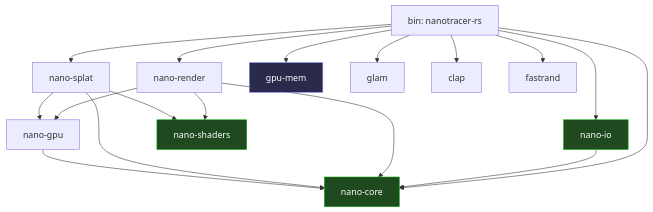
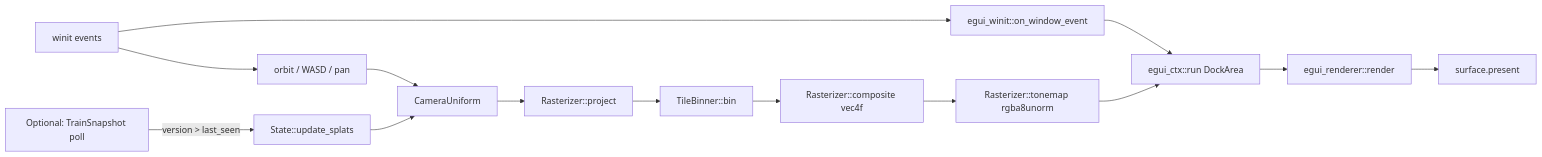
One commit to ssoj13/nanotracer changed the fifth of 7 diagrams in DIAGRAMS.md. Above: the diagram before and after it, drawn with Mermaid. The commit also changed other lines of this file and 18 other files, not shown here.

First line of the commit message:
docs: mdbook in docs/, refreshed README / AGENTS / DIAGRAMS / CHANGELOG

````diff
--- a/DIAGRAMS.md
+++ b/DIAGRAMS.md
@@ -90,25 +118,16 @@
 ```mermaid
-flowchart TD
-    bin[bin: nanotracer-rs] --> nc[nano-core]
-    bin --> nio[nano-io]
-    bin --> nr[nano-render]
-    bin --> ns[nano-splat]
-    bin --> gm[gpu-mem]
-    bin --> glam_ext[glam]
-    bin --> clap_ext[clap]
-    bin --> fr[fastrand]
-
-    nio --> nc
-    nr  --> nc
-    nr  --> ng[nano-gpu]
-    nr  --> nshd[nano-shaders]
-    ns  --> nc
-    ns  --> ng
-    ns  --> nshd
-    ng  --> nc
-
-    classDef pure fill:#1f4a1f,color:#fff,stroke:#0a0;
-    classDef vendor fill:#2a2a4a,color:#fff,stroke:#88f;
-    class nc,nio,nshd pure
-    class gm vendor
+flowchart LR
+    winit[winit events] --> egui_in[egui_winit::on_window_event]
+    winit --> cam[orbit / WASD / pan]
+    cam --> camu[CameraUniform]
+    train[Optional: TrainSnapshot poll] -->|version > last_seen| upd[State::update_splats]
+    upd --> camu
+    camu --> proj[Rasterizer::project]
+    proj --> bin[TileBinner::bin]
+    bin --> comp[Rasterizer::composite vec4f]
+    comp --> tone[Rasterizer::tonemap rgba8unorm]
+    tone --> egui_ui[egui_ctx::run DockArea]
+    egui_in --> egui_ui
+    egui_ui --> egui_render[egui_renderer::render]
+    egui_render --> present[surface.present]
 ```
````
